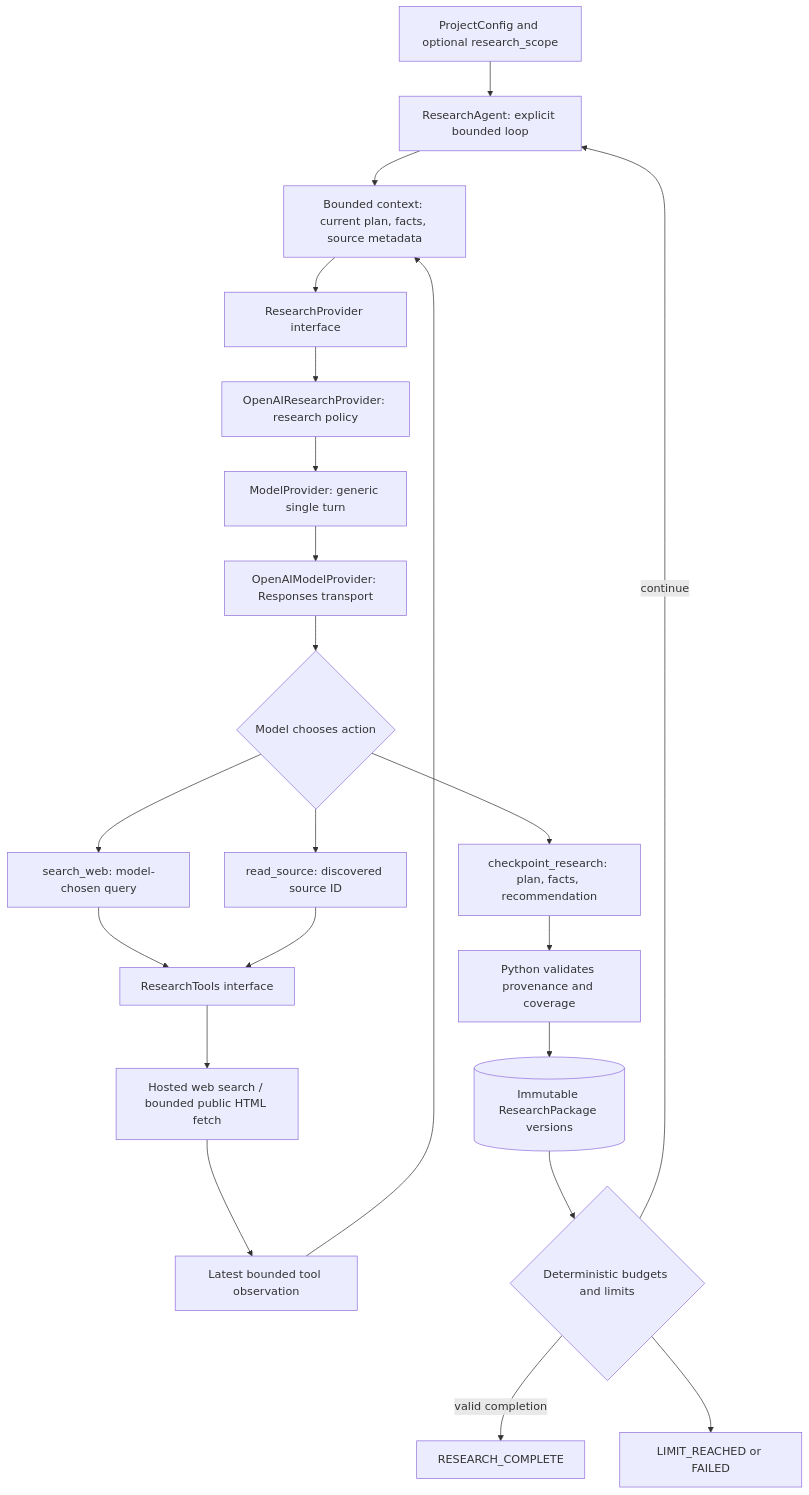
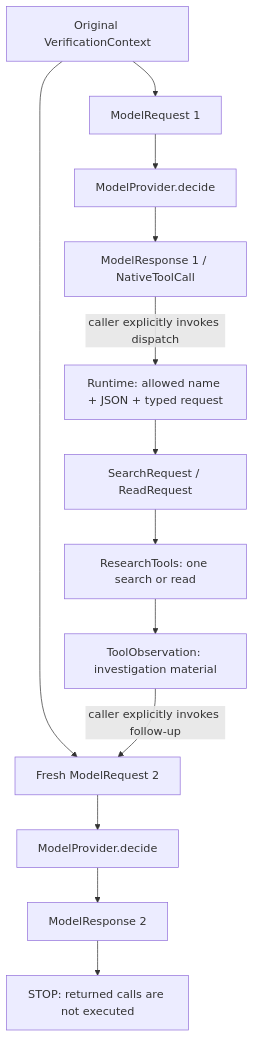
Before and after one commit to hailincai/agentic-history-studio: the second of 3 diagrams in README.md, drawn with Mermaid. The commit also changed other lines of this file and 3 other files, not shown here.

Commit message:
feat: add fact checker tool dispatch and observation round trip

````diff
--- a/README.md
+++ b/README.md
@@ -15,24 +33,15 @@
 ```mermaid
 flowchart TD
-    C[ProjectConfig and optional research_scope] --> A[ResearchAgent: explicit bounded loop]
-    A --> X[Bounded context: current plan, facts, source metadata]
-    X --> P[ResearchProvider interface]
-    P --> RP[OpenAIResearchProvider: research policy]
-    RP --> M[ModelProvider: generic single turn]
-    M --> O[OpenAIModelProvider: Responses transport]
-    O --> D{Model chooses action}
-    D --> Q[search_web: model-chosen query]
-    D --> R[read_source: discovered source ID]
-    Q --> T[ResearchTools interface]
-    R --> T
-    T --> W[Hosted web search / bounded public HTML fetch]
-    W --> B[Latest bounded tool observation]
-    B --> X
-    D --> U[checkpoint_research: plan, facts, recommendation]
-    U --> V[Python validates provenance and coverage]
-    V --> K[(Immutable ResearchPackage versions)]
-    K --> G{Deterministic budgets and limits}
-    G -->|continue| A
-    G -->|valid completion| F[RESEARCH_COMPLETE]
-    G --> L[LIMIT_REACHED or FAILED]
+    C[Original VerificationContext] --> Q1[ModelRequest 1]
+    Q1 --> P1[ModelProvider.decide]
+    P1 --> R1[ModelResponse 1 / NativeToolCall]
+    R1 -->|caller explicitly invokes dispatch| Validate[Runtime: allowed name + JSON + typed request]
+    Validate --> Input[SearchRequest / ReadRequest]
+    Input --> Tools[ResearchTools: one search or read]
+    Tools --> Obs[ToolObservation: investigation material]
+    C --> Q2[Fresh ModelRequest 2]
+    Obs -->|caller explicitly invokes follow-up| Q2
+    Q2 --> P2[ModelProvider.decide]
+    P2 --> R2[ModelResponse 2]
+    R2 --> Stop[STOP: returned calls are not executed]
 ```
````
